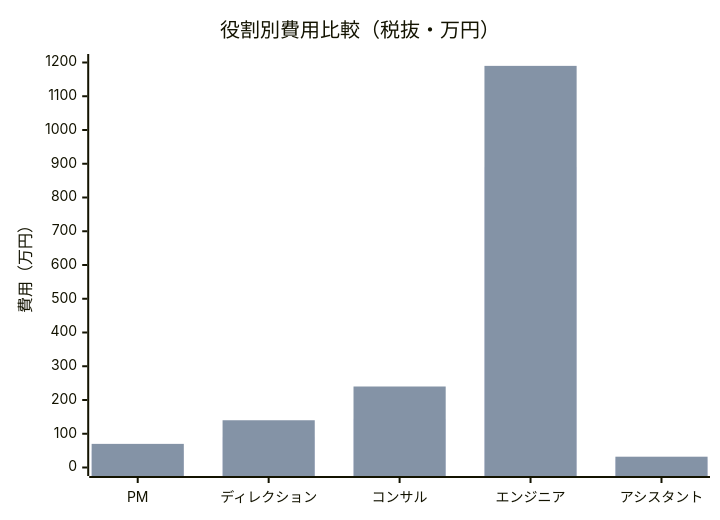
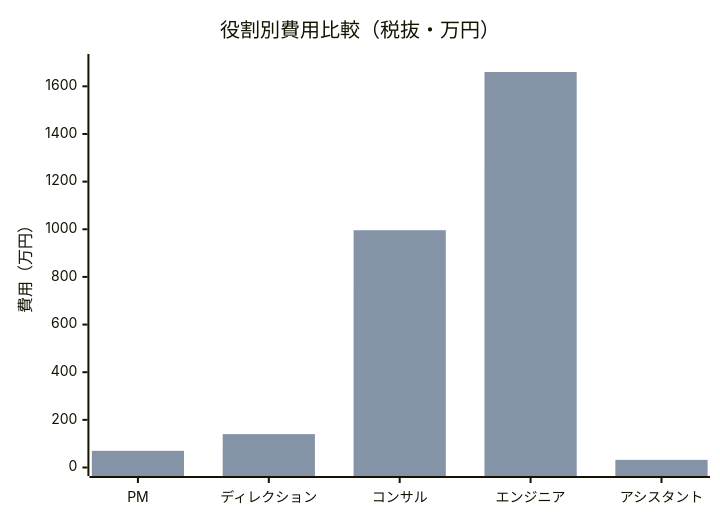
One commit to sodaitanaka/infrastructure changed the seventh of 9 diagrams in overview.md. Above: the diagram before and after it, drawn with Mermaid. The commit also changed other lines of this file, not shown here.

````diff
--- a/overview.md
+++ b/overview.md
@@ -370,8 +388,8 @@
 ```mermaid
 xychart-beta
     title "役割別費用比較（税抜・万円）"
     x-axis ["PM", "ディレクション", "コンサル", "エンジニア", "アシスタント"]
-    y-axis "費用（万円）" 0 --> 1200
-    bar [50, 90, 144, 890, 24]
-    bar [70, 140, 240, 1190, 32]
+    y-axis "費用（万円）" 0 --> 1700
+    bar [50, 90, 756, 1260, 24]
+    bar [70, 140, 996, 1660, 32]
 ```
````
